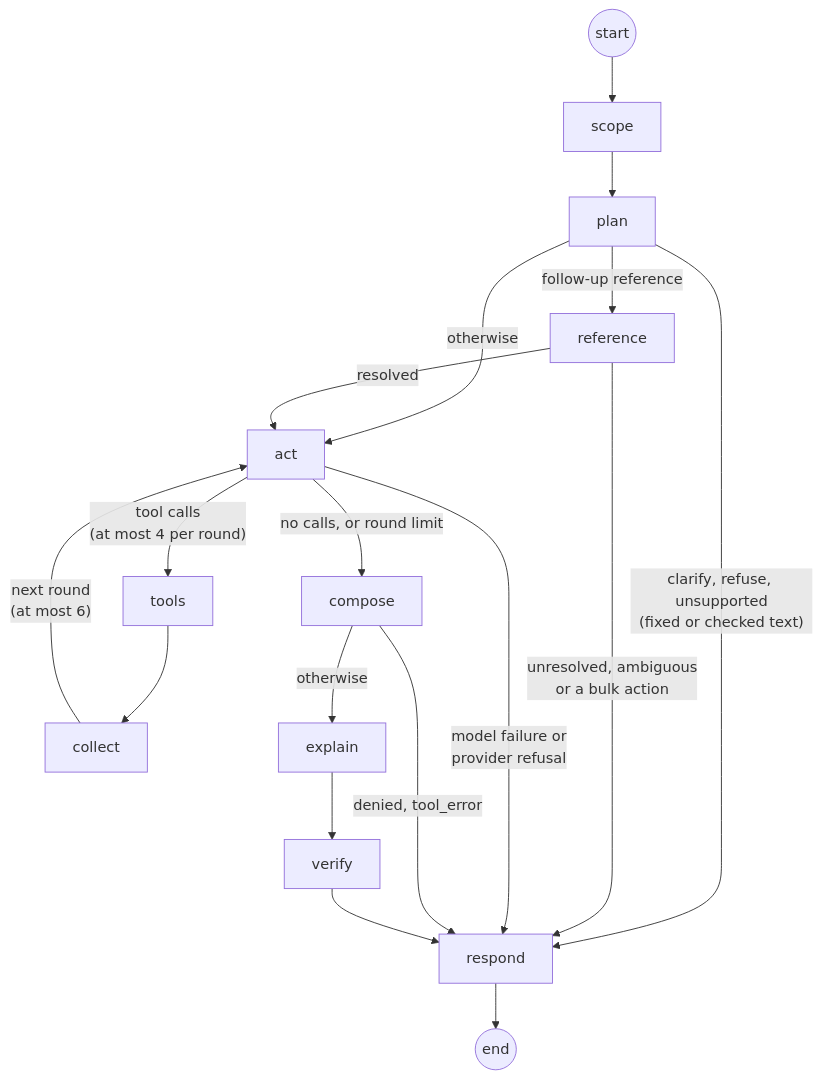
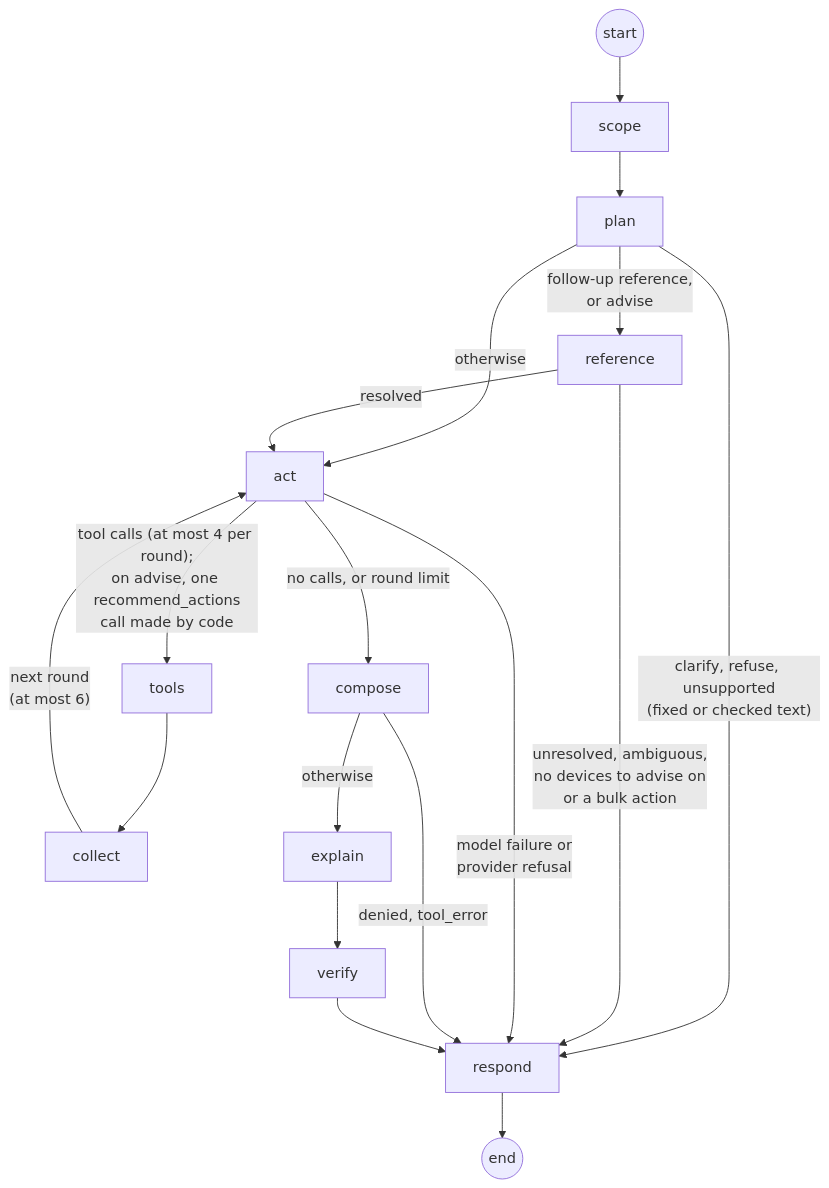
The second of 2 diagrams in README.md (PegasusA14/agentic-aI-fleet-copilot-), drawn with Mermaid before and after one commit. The commit also changed other lines of this file and 1 other file, not shown here.

````diff
--- a/README.md
+++ b/README.md
@@ -169,18 +186,18 @@
 ```mermaid
 flowchart TD
     BEGIN(("start")) --> scope --> plan
     plan -- "clarify, refuse, unsupported<br/>(fixed or checked text)" --> respond
-    plan -- "follow-up reference" --> reference
+    plan -- "follow-up reference,<br/>or advise" --> reference
     plan -- otherwise --> act
-    reference -- "unresolved, ambiguous<br/>or a bulk action" --> respond
+    reference -- "unresolved, ambiguous,<br/>no devices to advise on<br/>or a bulk action" --> respond
     reference -- resolved --> act
-    act -- "tool calls<br/>(at most 4 per round)" --> tools
+    act -- "tool calls (at most 4 per round);<br/>on advise, one recommend_actions<br/>call made by code" --> tools
     tools --> collect
     collect -- "next round<br/>(at most 6)" --> act
     act -- "no calls, or round limit" --> compose
     act -- "model failure or<br/>provider refusal" --> respond
     compose -- "denied, tool_error" --> respond
     compose -- otherwise --> explain
     explain --> verify --> respond
     respond --> DONE(("end"))
 ```
````
